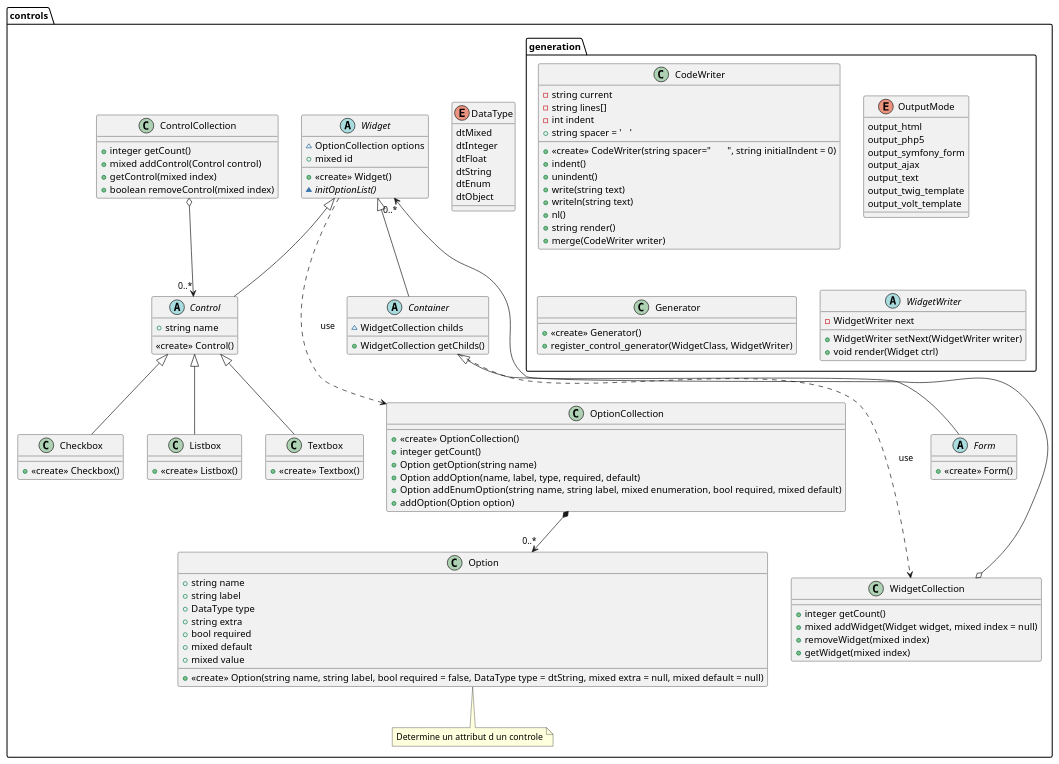
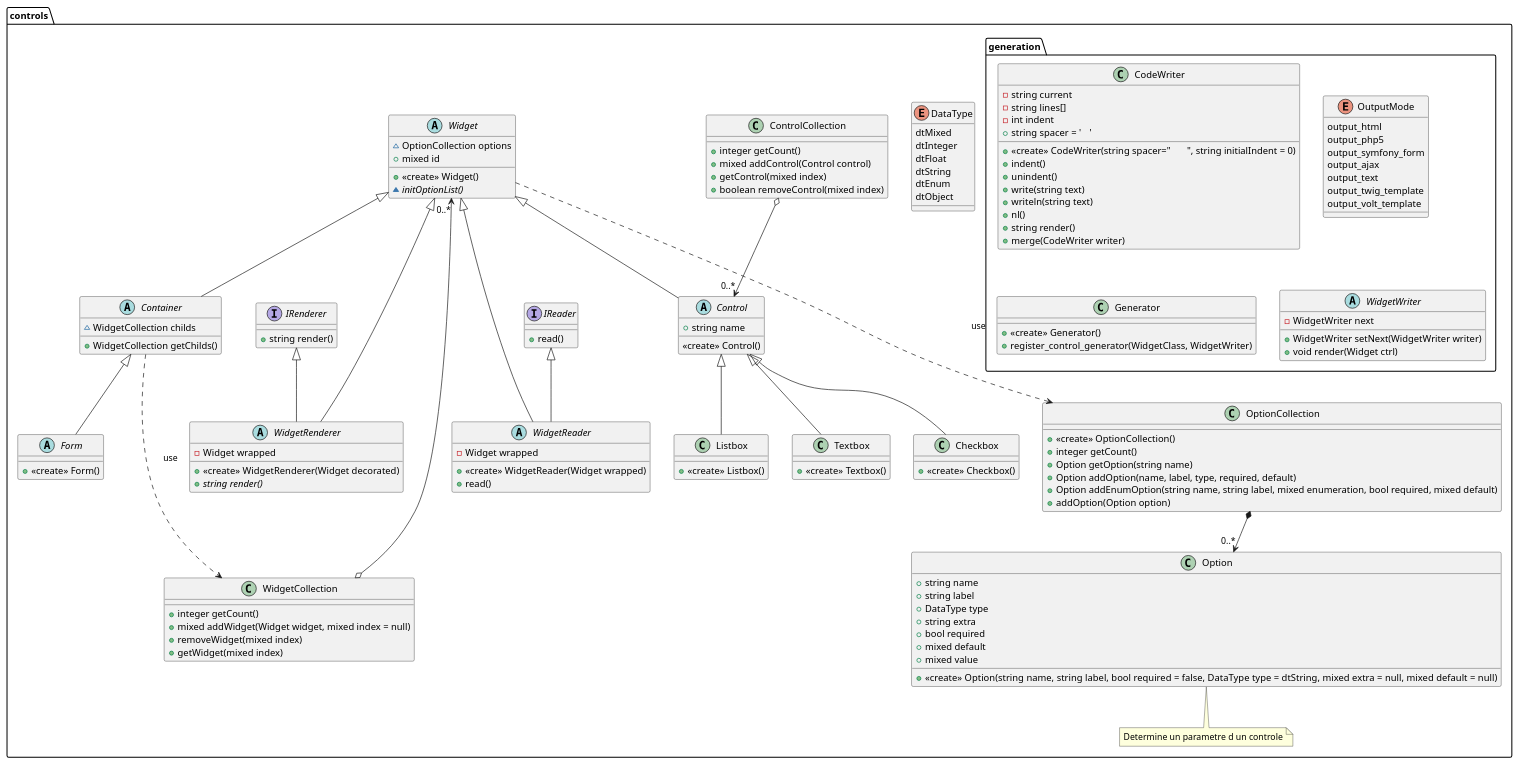
One commit to guedel/phptools changed the diagram in gen-form/doc/controls.puml. Above: the diagram before and after it, drawn with PlantUML. The commit also changed 23 other files, not shown here.

```diff
--- a/gen-form/doc/controls.puml
+++ b/gen-form/doc/controls.puml
@@ -1,139 +1,159 @@
 @startuml
 
 namespace controls {
 
 enum DataType {
   dtMixed
   dtInteger
   dtFloat
   dtString
   dtEnum
   dtObject
 }
 
 class Option {
   + string name
   + string label
   + DataType type
   + string extra
   + bool required
   + mixed default
   + mixed value
 
   + <<create>> Option(string name, string label, bool required = false, DataType type =  dtString, mixed extra = null, mixed default = null)
 }
-note bottom: Determine un attribut d un controle
+note bottom: Determine un parametre d un controle
 
 OptionCollection *--> "0..*" Option
 class OptionCollection {
   + <<create>> OptionCollection()
   + integer getCount()
 	+ Option getOption(string name)
   + Option addOption(name, label, type, required, default)
   + Option addEnumOption(string name, string label, mixed enumeration, bool required, mixed default)
   + addOption(Option option)
 }
 
 Widget ...>  OptionCollection : use
 abstract class Widget {
 	~ OptionCollection options
   + mixed id
 
 	+ <<create>> Widget()
 	~ {abstract} initOptionList()
 }
 
 WidgetCollection o--> "0..*" Widget
 class WidgetCollection {
   + integer getCount()
   + mixed addWidget(Widget widget, mixed index = null)
   + removeWidget(mixed index)
   + getWidget(mixed index)
 }
 
+interface IRenderer {
+  + string render()
+}
+
+interface IReader {
+  + read()
+}
+
+Widget <|--- WidgetRenderer
+IRenderer <|-- WidgetRenderer
+abstract class WidgetRenderer {
+  - Widget wrapped
+  + <<create>> WidgetRenderer(Widget decorated)
+  + {abstract} string render()
+}
+
+Widget <|--- WidgetReader
+IReader <|-- WidgetReader
+abstract class WidgetReader {
+  - Widget wrapped
+  + <<create>> WidgetReader(Widget wrapped)
+  + read()
+}
 
 Widget <|-- Container
 Container ...> WidgetCollection : use
 abstract class Container {
   ~ WidgetCollection childs
   + WidgetCollection getChilds()
 }
 
 Container <|-- Form
 abstract class Form {
   + <<create>> Form()
 }
 
 Widget <|-- Control
 abstract class Control {
   + string name
 
   <<create>> Control()
 }
 
 ControlCollection o--> "0..*" Control 
 class ControlCollection {
   + integer getCount()
   + mixed addControl(Control control)
   + getControl(mixed index)
   + boolean removeControl(mixed index)
 }
 
 Control <|-- Textbox 
 class Textbox {
 	+ <<create>> Textbox()
 }
 
 Control <|-- Checkbox 
 class Checkbox {
 	+ <<create>> Checkbox()
 }
 
 Control <|-- Listbox 
 class Listbox {
 	+ <<create>> Listbox()
 }
 
-
 namespace generation {
   class CodeWriter {
     - string current
     - string lines[]
     - int indent
     + string spacer = '\\t'
     
     + <<create>> CodeWriter(string spacer="\\t", string initialIndent = 0)
     + indent()
     + unindent()
     + write(string text)
     + writeln(string text)
     + nl()
     + string render()
     + merge(CodeWriter writer)
   }
 
   enum OutputMode {
     output_html
     output_php5
     output_symfony_form
     output_ajax
     output_text
     output_twig_template
     output_volt_template
   }
 
   class Generator {
-     
     + <<create>> Generator()
     + register_control_generator(WidgetClass, WidgetWriter)
   }
 
   abstract class WidgetWriter {
     - WidgetWriter next
     + WidgetWriter setNext(WidgetWriter writer)
     + void render(Widget ctrl)
   }
-
 }
 
 @enduml
```
